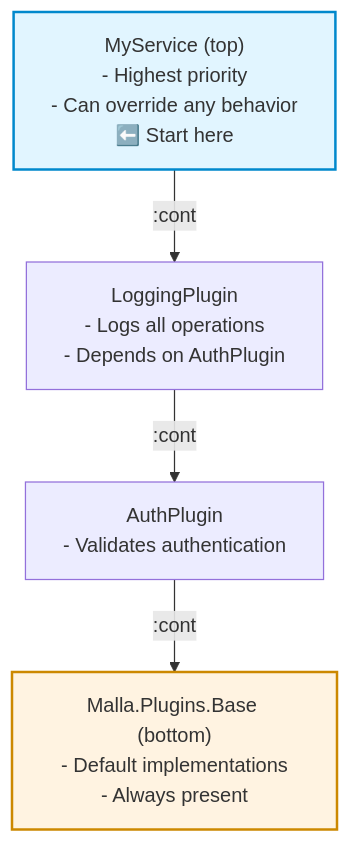
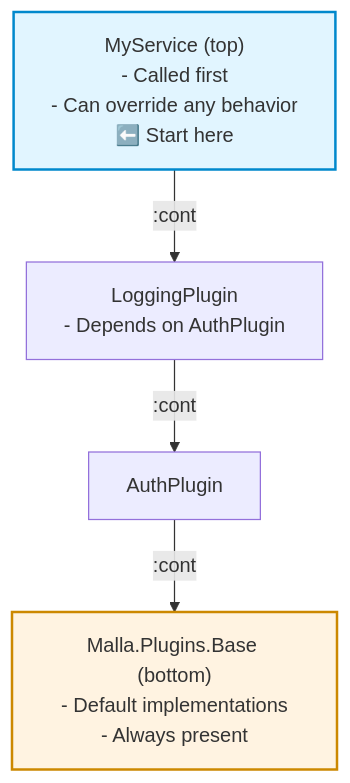
One commit to netkubes/malla changed the diagram in guides/04-plugins.md. Above: the diagram before and after it, drawn with Mermaid. The commit also changed other lines of this file and 26 other files, not shown here.

````diff
--- a/guides/04-plugins.md
+++ b/guides/04-plugins.md
@@ -83,14 +88,14 @@
 ```mermaid
 graph TB
-    A["MyService (top)<br/>- Highest priority<br/>- Can override any behavior<br/>⬅️ Start here"]
-    B["LoggingPlugin<br/>- Logs all operations<br/>- Depends on AuthPlugin"]
-    C["AuthPlugin<br/>- Validates authentication"]
+    A["MyService (top)<br/>- Called first<br/>- Can override any behavior<br/>⬅️ Start here"]
+    B["LoggingPlugin<br/>- Depends on AuthPlugin"]
+    C["AuthPlugin"]
     D["Malla.Plugins.Base (bottom)<br/>- Default implementations<br/>- Always present"]
     
     A -->|:cont| B
     B -->|:cont| C
     C -->|:cont| D
     
     style A fill:#e1f5ff,stroke:#0088cc,stroke-width:2px
     style D fill:#fff3e1,stroke:#cc8800,stroke-width:2px
 ```
````
